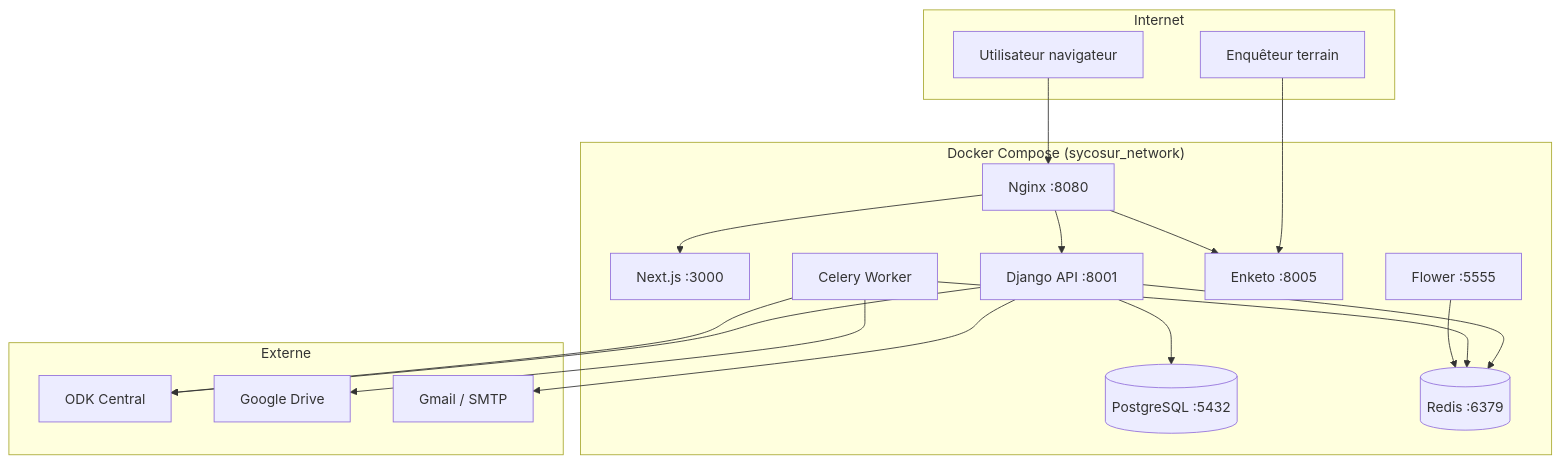
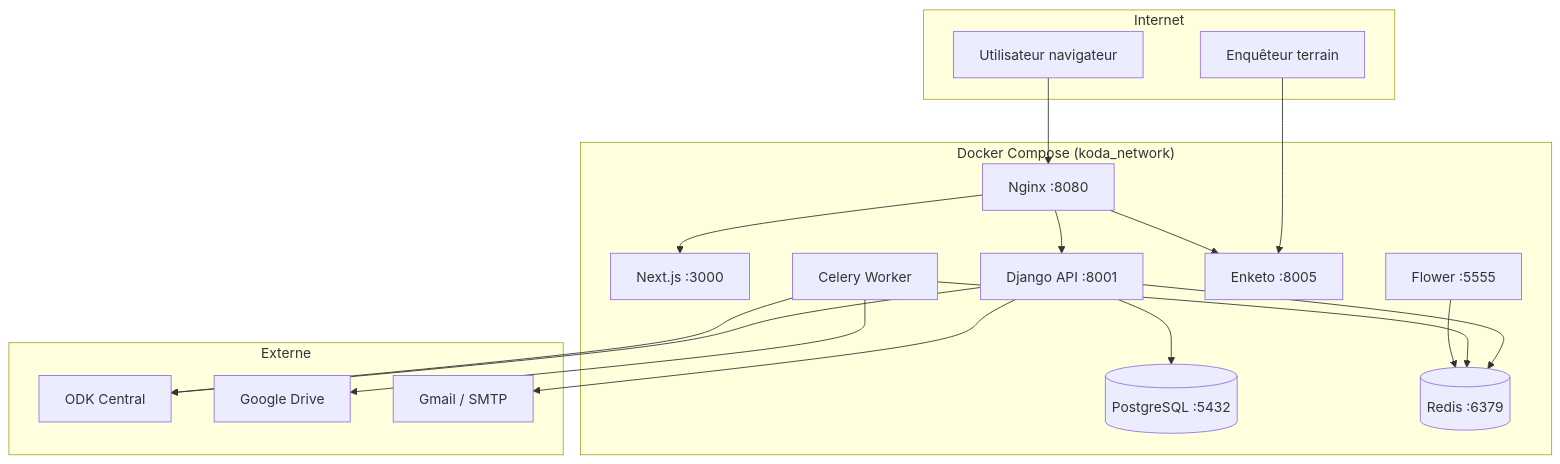
One commit to KODAAP/koda-infra changed the first of 3 diagrams in docs/reference/architecture.md. Above: the diagram before and after it, drawn with Mermaid. The commit also changed other lines of this file and 19 other files, not shown here.

````diff
--- a/docs/reference/architecture.md
+++ b/docs/reference/architecture.md
@@ -11,38 +11,38 @@
 ```mermaid
 graph TB
     subgraph Internet
         U[Utilisateur navigateur]
         E[Enquêteur terrain]
     end
 
-    subgraph Docker ["Docker Compose (sycosur_network)"]
+    subgraph Docker ["Docker Compose (koda_network)"]
         N[Nginx :8080]
         C[Next.js :3000]
         A[Django API :8001]
         W[Celery Worker]
         EK[Enketo :8005]
         PG[(PostgreSQL :5432)]
         R[(Redis :6379)]
         FL[Flower :5555]
     end
 
     subgraph Externe
         ODK[ODK Central]
         GD[Google Drive]
         GM[Gmail / SMTP]
     end
 
     U --> N
     E --> EK
     N --> C
     N --> A
     N --> EK
     A --> PG
     A --> R
     A --> ODK
     W --> R
     W --> ODK
     W --> GD
     A --> GM
     FL --> R
 ```
````
